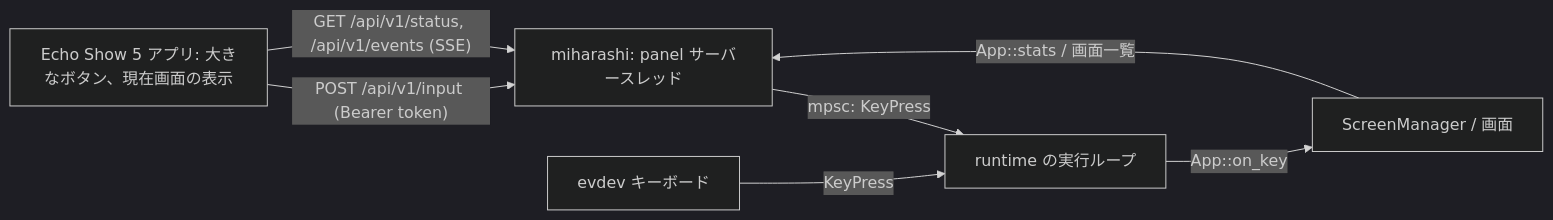
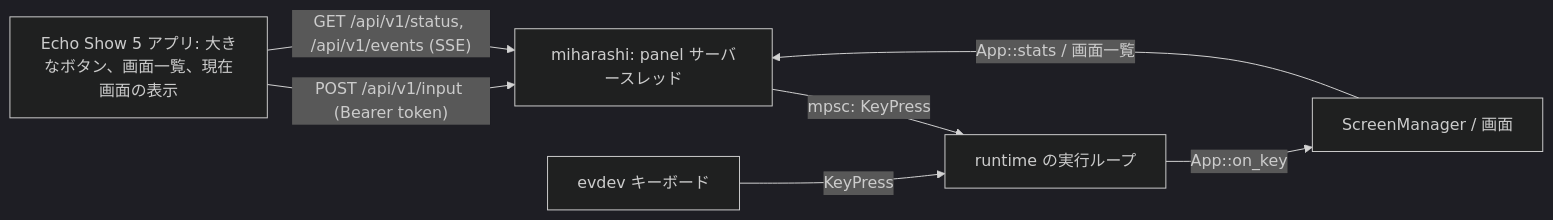
The diagram in docs/panel/DESIGN.md (ysogabe/miharashi), drawn with Mermaid (dark theme) before and after one commit. The commit also changed other lines of this file and 3 other files, not shown here.

````diff
--- a/docs/panel/DESIGN.md
+++ b/docs/panel/DESIGN.md
@@ -76,9 +80,9 @@
 ```mermaid
 flowchart LR
-    P[Echo Show 5 アプリ: 大きなボタン、現在画面の表示] -- "POST /api/v1/input (Bearer token)" --> S[miharashi: panel サーバースレッド]
+    P[Echo Show 5 アプリ: 大きなボタン、画面一覧、現在画面の表示] -- "POST /api/v1/input (Bearer token)" --> S[miharashi: panel サーバースレッド]
     P -- "GET /api/v1/status, /api/v1/events (SSE)" --> S
     S -- "mpsc: KeyPress" --> RT[runtime の実行ループ]
     K[evdev キーボード] -- "KeyPress" --> RT
     RT -- "App::on_key" --> SM[ScreenManager / 画面]
     SM -- "App::stats / 画面一覧" --> S
 ```
````
